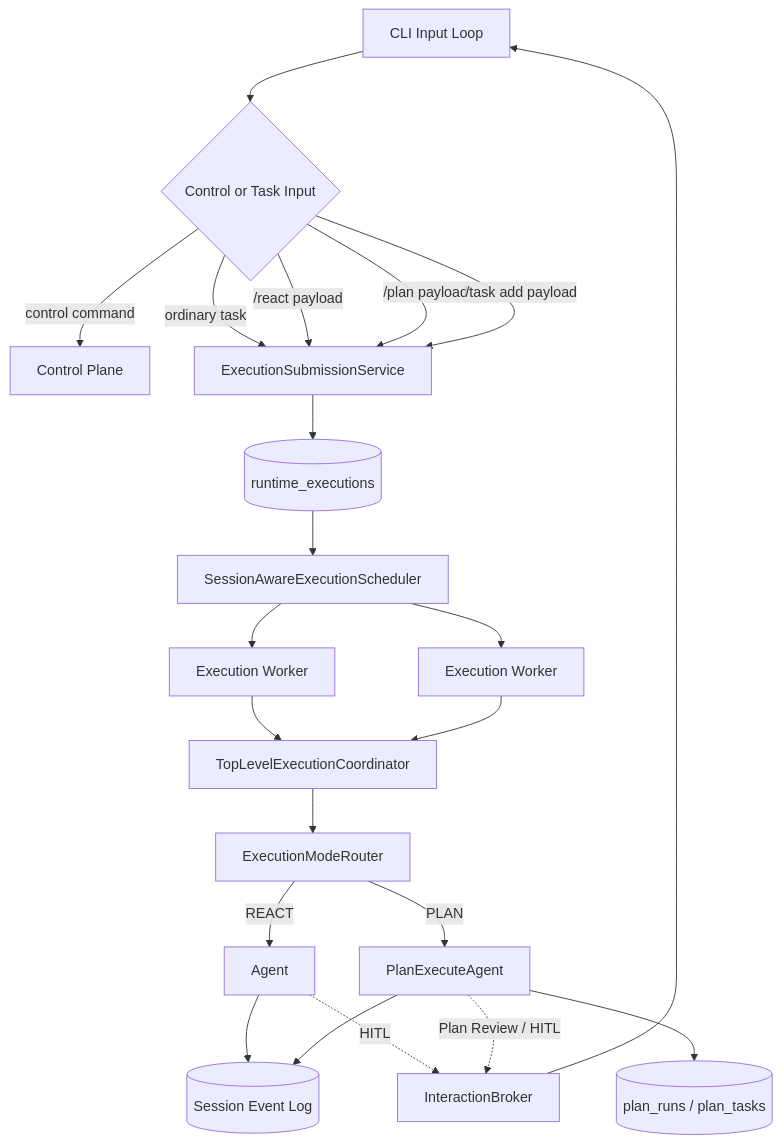
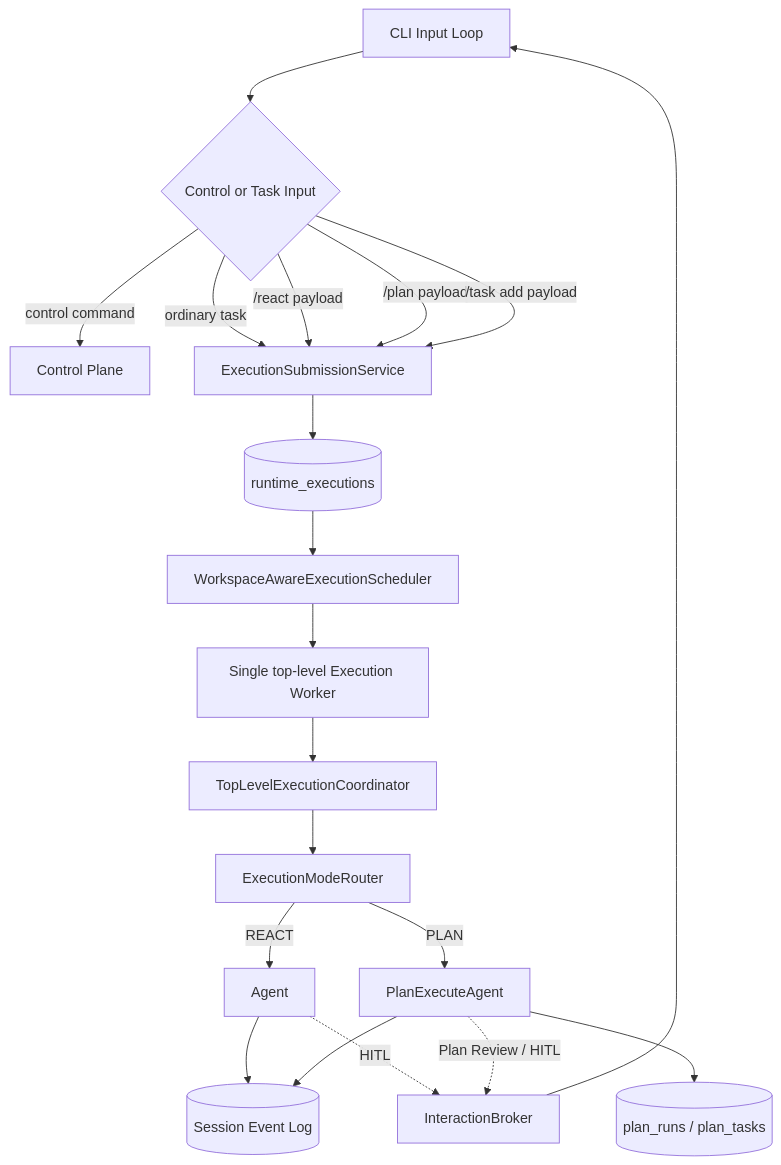
Before and after one commit to zgjdev/Code-Agent: the second of 4 diagrams in docs/dev/31-unified-background-execution-runtime.md, drawn with Mermaid. The commit also changed other lines of this file, not shown here.

```diff
--- a/docs/dev/31-unified-background-execution-runtime.md
+++ b/docs/dev/31-unified-background-execution-runtime.md
@@ -240,31 +241,29 @@
 ~~~mermaid
 flowchart TB
     I[CLI Input Loop] --> D{Control or Task Input}
 
     D -->|control command| CTRL[Control Plane]
     D -->|ordinary task| SUB[ExecutionSubmissionService]
     D -->|/react payload| SUB
     D -->|/plan payload| SUB
     D -->|/task add payload| SUB
 
     SUB --> DB[(runtime_executions)]
-    DB --> SCH[SessionAwareExecutionScheduler]
+    DB --> SCH[WorkspaceAwareExecutionScheduler]
 
-    SCH --> W1[Execution Worker]
-    SCH --> W2[Execution Worker]
+    SCH --> W[Single top-level Execution Worker]
 
-    W1 --> C[TopLevelExecutionCoordinator]
-    W2 --> C
+    W --> C[TopLevelExecutionCoordinator]
 
     C --> R[ExecutionModeRouter]
     R -->|REACT| A[Agent]
     R -->|PLAN| P[PlanExecuteAgent]
 
     A --> S[(Session Event Log)]
     P --> S
     P --> PS[(plan_runs / plan_tasks)]
 
     A -.HITL.-> IB[InteractionBroker]
     P -.Plan Review / HITL.-> IB
     IB --> I
 ~~~
```
